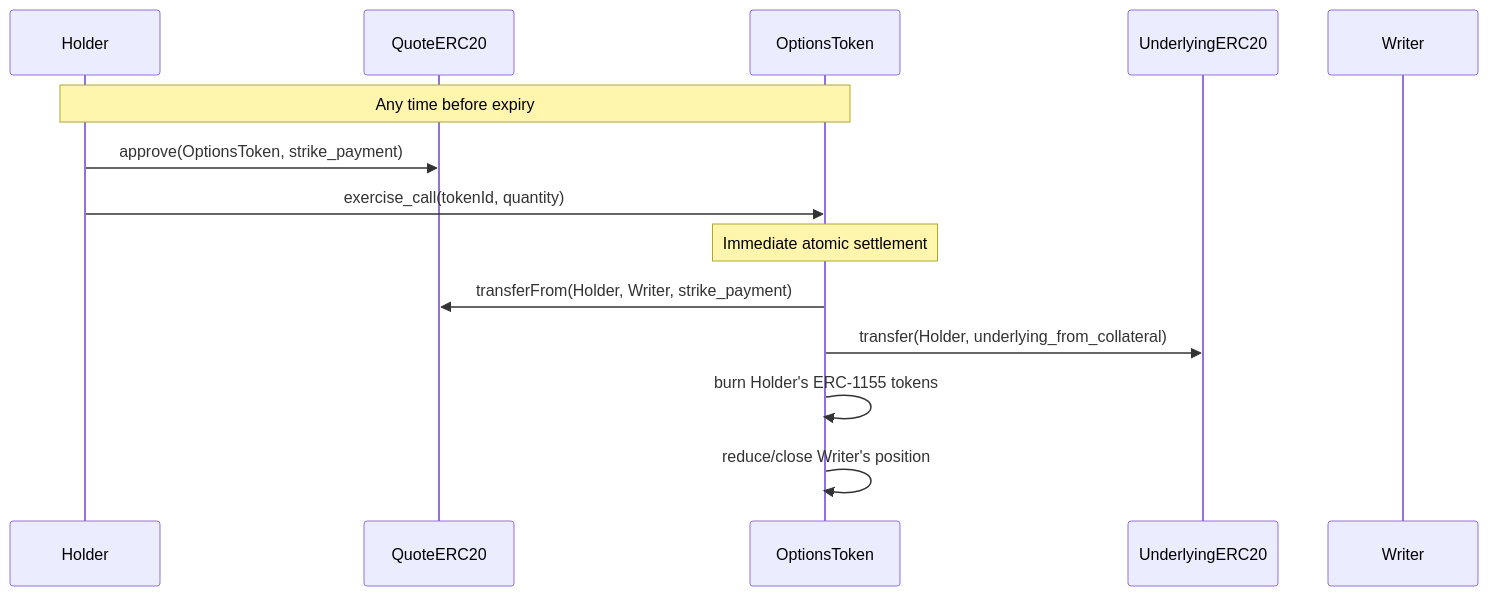
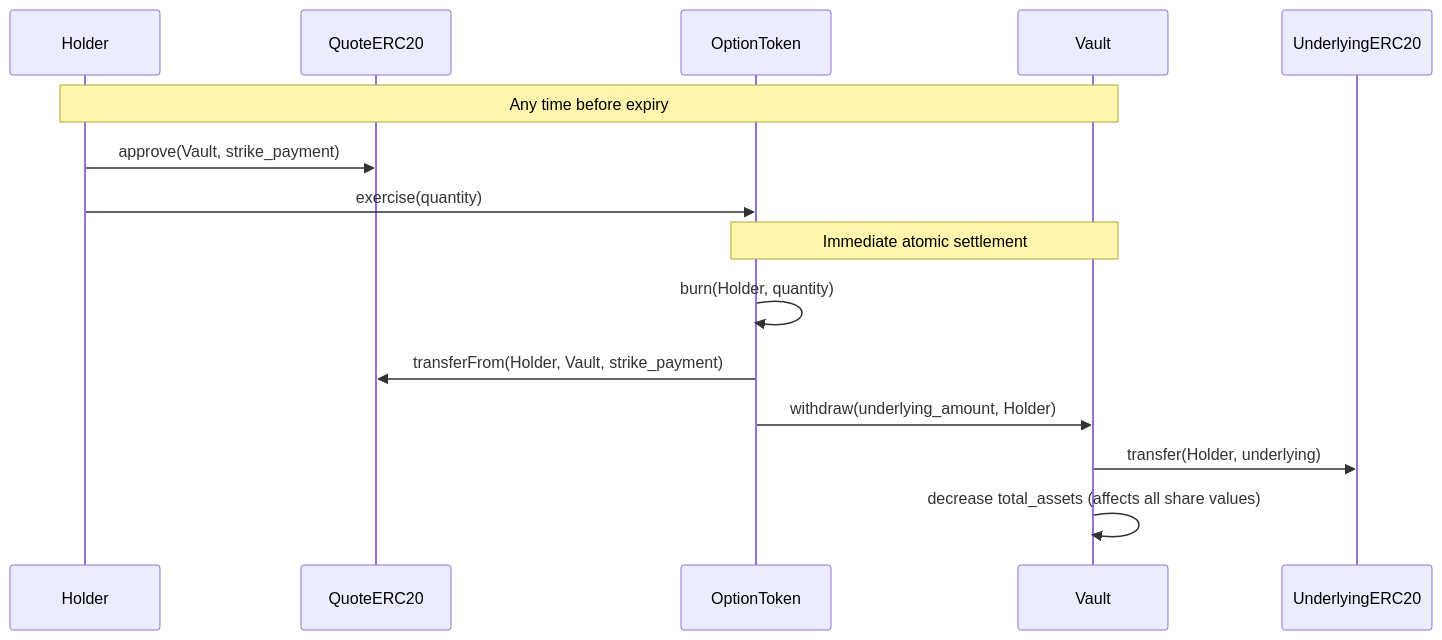
The fifth of 8 diagrams in SPEC.md (0xgleb/optional), drawn with Mermaid before and after one commit. The commit also changed other lines of this file, not shown here.

Commit message:
option vault spec

````diff
--- a/SPEC.md
+++ b/SPEC.md
@@ -302,18 +411,19 @@
 ```mermaid
 sequenceDiagram
     participant Holder
     participant QuoteERC20
-    participant OptionsToken
+    participant OptionToken
+    participant Vault
     participant UnderlyingERC20
-    participant Writer
 
-    Note over Holder,OptionsToken: Any time before expiry
-    Holder->>QuoteERC20: approve(OptionsToken, strike_payment)
-    Holder->>OptionsToken: exercise_call(tokenId, quantity)
+    Note over Holder,Vault: Any time before expiry
+    Holder->>QuoteERC20: approve(Vault, strike_payment)
+    Holder->>OptionToken: exercise(quantity)
 
-    Note over OptionsToken: Immediate atomic settlement
-    OptionsToken->>QuoteERC20: transferFrom(Holder, Writer, strike_payment)
-    OptionsToken->>UnderlyingERC20: transfer(Holder, underlying_from_collateral)
-    OptionsToken->>OptionsToken: burn Holder's ERC-1155 tokens
-    OptionsToken->>OptionsToken: reduce/close Writer's position
+    Note over OptionToken,Vault: Immediate atomic settlement
+    OptionToken->>OptionToken: burn(Holder, quantity)
+    OptionToken->>QuoteERC20: transferFrom(Holder, Vault, strike_payment)
+    OptionToken->>Vault: withdraw(underlying_amount, Holder)
+    Vault->>UnderlyingERC20: transfer(Holder, underlying)
+    Vault->>Vault: decrease total_assets (affects all share values)
 ```
````
